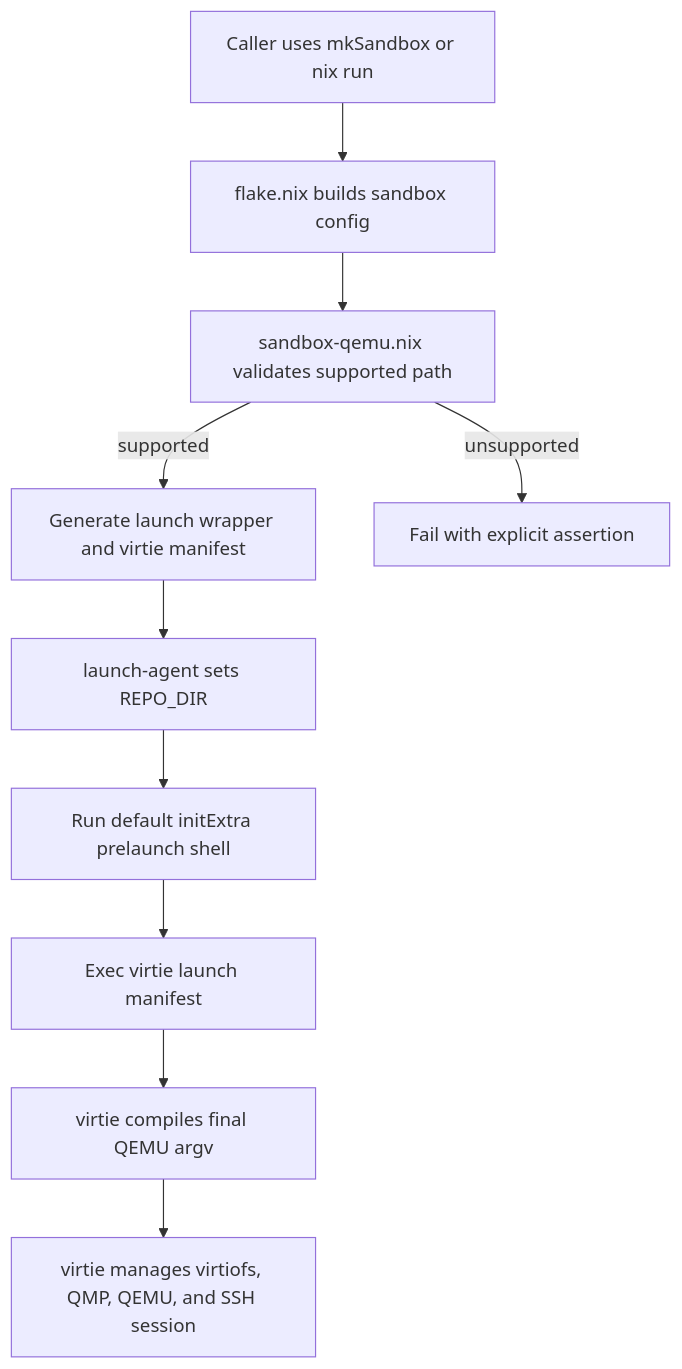
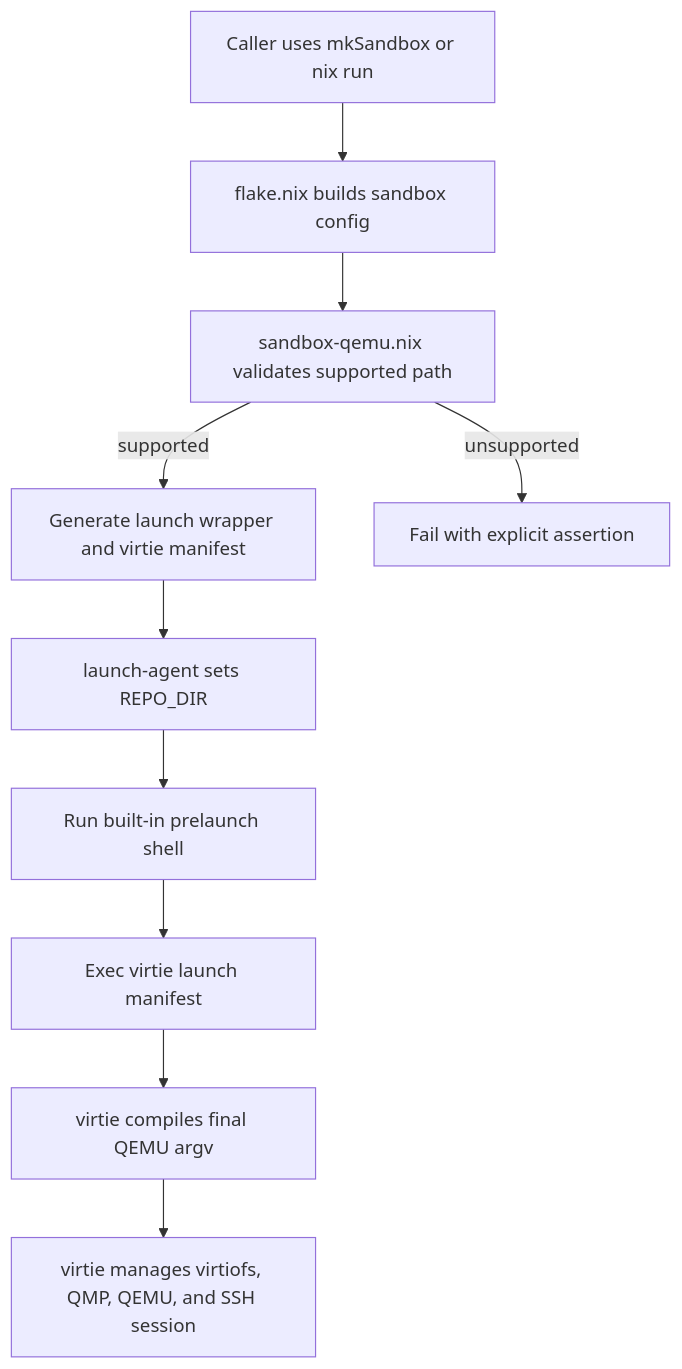
Before and after one commit to shazow/agentspace: the diagram in .specs/agentspace.md, drawn with Mermaid. The commit also changed other lines of this file and 15 other files, not shown here.

````diff
--- a/.specs/agentspace.md
+++ b/.specs/agentspace.md
@@ -62,12 +65,12 @@
 ```mermaid
 flowchart TD
   A[Caller uses mkSandbox or nix run] --> B[flake.nix builds sandbox config]
   B --> C[sandbox-qemu.nix validates supported path]
   C -->|supported| D[Generate launch wrapper and virtie manifest]
   C -->|unsupported| E[Fail with explicit assertion]
   D --> F[launch-agent sets REPO_DIR]
-  F --> G[Run default initExtra prelaunch shell]
+  F --> G[Run built-in prelaunch shell]
   G --> H[Exec virtie launch manifest]
   H --> I[virtie compiles final QEMU argv]
   I --> J[virtie manages virtiofs, QMP, QEMU, and SSH session]
 ```
````
